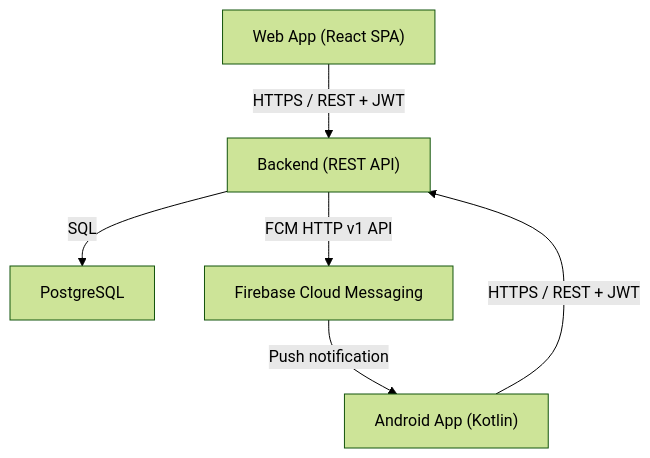
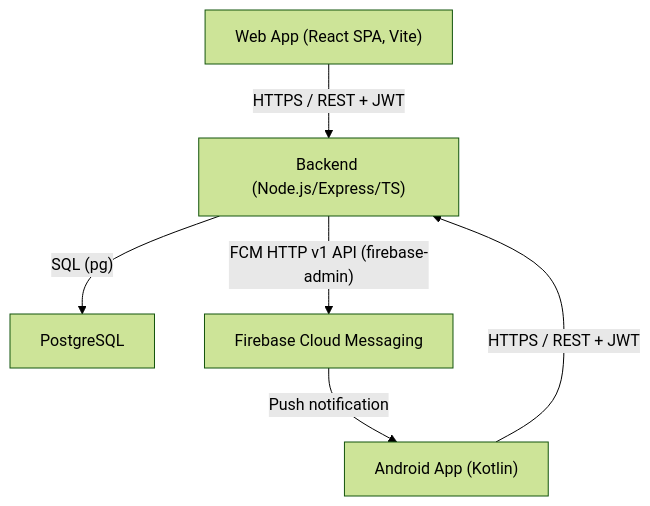
Before and after one commit to VeeNDeN2233/signal: the diagram in .kiro/specs/personnel-accounting-system/design.md, drawn with Mermaid (forest theme). The commit also changed other lines of this file and 29 other files, not shown here.

````diff
--- a/.kiro/specs/personnel-accounting-system/design.md
+++ b/.kiro/specs/personnel-accounting-system/design.md
@@ -20,14 +20,14 @@
 ```mermaid
 graph TD
-    WebApp["Web App (React SPA)"]
+    WebApp["Web App (React SPA, Vite)"]
     AndroidApp["Android App (Kotlin)"]
-    Backend["Backend (REST API)"]
+    Backend["Backend (Node.js/Express/TS)"]
     DB["PostgreSQL"]
     FCM["Firebase Cloud Messaging"]
 
     WebApp -- "HTTPS / REST + JWT" --> Backend
     AndroidApp -- "HTTPS / REST + JWT" --> Backend
-    Backend -- "SQL" --> DB
-    Backend -- "FCM HTTP v1 API" --> FCM
+    Backend -- "SQL (pg)" --> DB
+    Backend -- "FCM HTTP v1 API (firebase-admin)" --> FCM
     FCM -- "Push notification" --> AndroidApp
 ```
````
